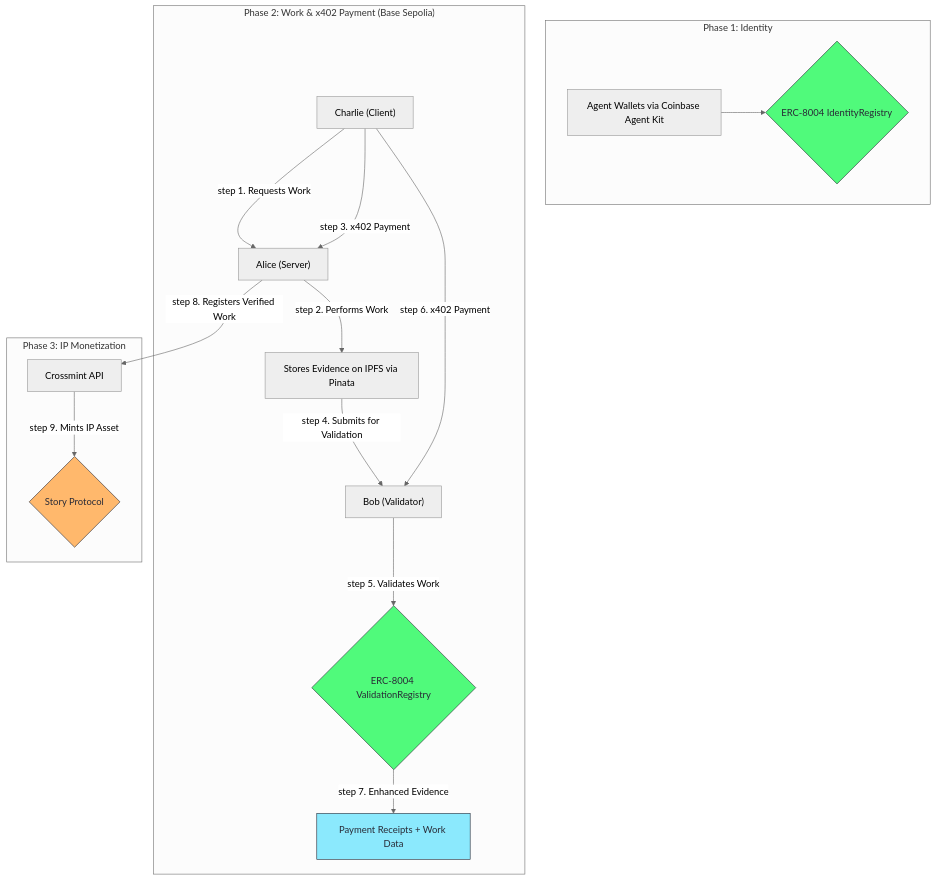
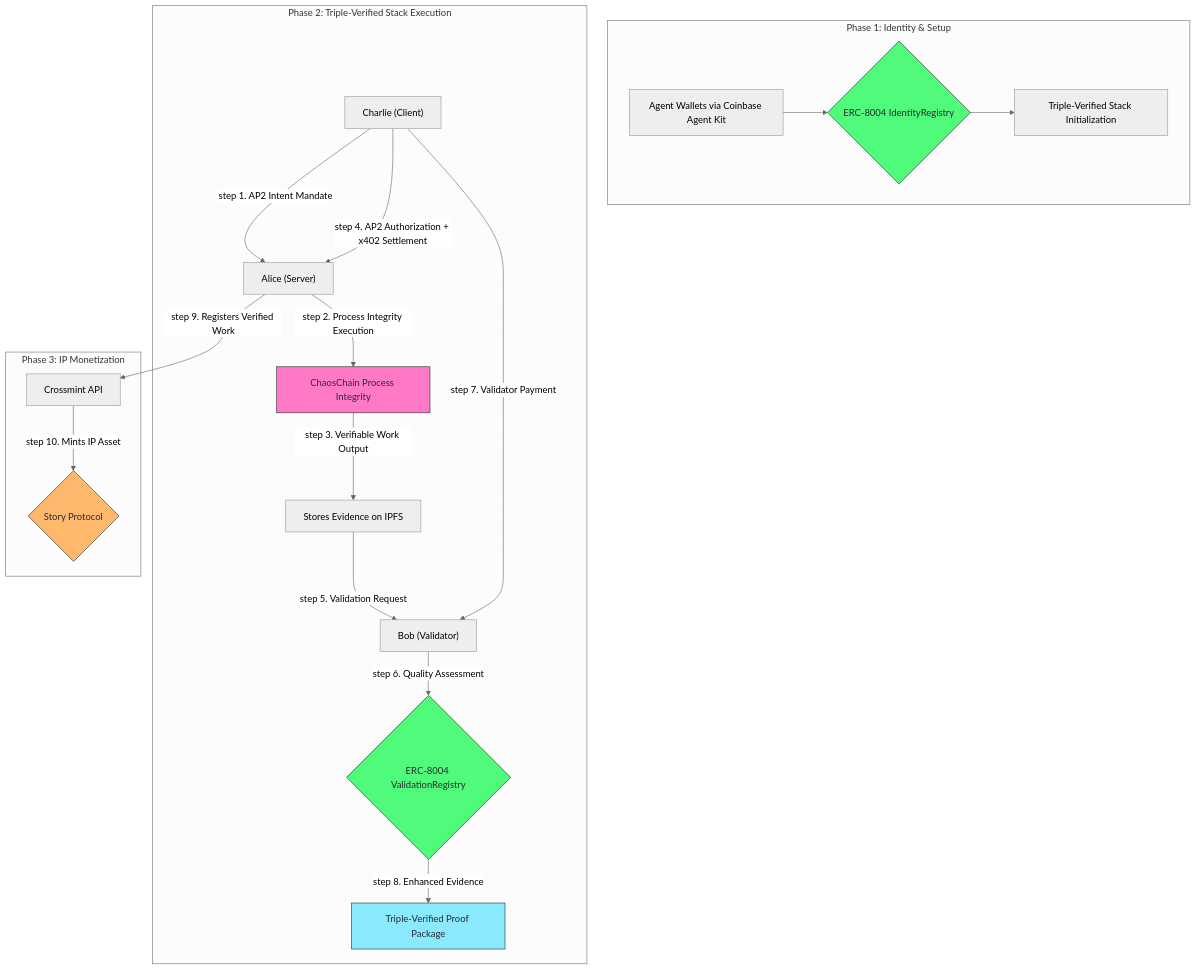
Before and after one commit to HashWarlock/erc-8004-ex-phala: the diagram in README.md, drawn with Mermaid (neutral theme). The commit also changed other lines of this file and 7 other files, not shown here.

Commit message:
Initial commit for feature/ap2-triple-verified-stack

````diff
--- a/README.md
+++ b/README.md
@@ -22,26 +61,29 @@
 ```mermaid
 graph TD
-    subgraph "Phase 1: Identity"
+    subgraph "Phase 1: Identity & Setup"
         A[Agent Wallets via Coinbase Agent Kit] --> B{ERC-8004 IdentityRegistry};
+        B --> C[Triple-Verified Stack Initialization];
     end
 
-    subgraph "Phase 2: Work & x402 Payment (Base Sepolia)"
-        C["Charlie (Client)"] --step 1. Requests Work --> D["Alice (Server)"];
-        D -- step 2. Performs Work --> E[Stores Evidence on IPFS via Pinata];
-        C -- step 3. x402 Payment --> D;
-        E -- step 4. Submits for Validation --> F["Bob (Validator)"];
-        F -- step 5. Validates Work --> G{ERC-8004 ValidationRegistry};
-        C -- step 6. x402 Payment --> F;
-        G -- step 7. Enhanced Evidence --> H[Payment Receipts + Work Data];
+    subgraph "Phase 2: Triple-Verified Stack Execution"
+        D["Charlie (Client)"] --"step 1. AP2 Intent Mandate"--> E["Alice (Server)"];
+        E --"step 2. Process Integrity Execution"--> F[ChaosChain Process Integrity];
+        F --"step 3. Verifiable Work Output"--> G[Stores Evidence on IPFS];
+        D --"step 4. AP2 Authorization + x402 Settlement"--> E;
+        G --"step 5. Validation Request"--> H["Bob (Validator)"];
+        H --"step 6. Quality Assessment"--> I{ERC-8004 ValidationRegistry};
+        D --"step 7. Validator Payment"--> H;
+        I --"step 8. Enhanced Evidence"--> J[Triple-Verified Proof Package];
     end
 
     subgraph "Phase 3: IP Monetization"
-        D -- step 8. Registers Verified Work --> I[Crossmint API];
-        I -- step 9. Mints IP Asset --> J{Story Protocol};
+        E --"step 9. Registers Verified Work"--> K[Crossmint API];
+        K --"step 10. Mints IP Asset"--> L{Story Protocol};
     end
 
     style B fill:#50fa7b,stroke:#282a36,color:#282a36
-    style G fill:#50fa7b,stroke:#282a36,color:#282a36
-    style H fill:#8be9fd,stroke:#282a36,color:#282a36
-    style J fill:#ffb86c,stroke:#282a36,color:#282a36
+    style F fill:#ff79c6,stroke:#282a36,color:#282a36
+    style I fill:#50fa7b,stroke:#282a36,color:#282a36
+    style J fill:#8be9fd,stroke:#282a36,color:#282a36
+    style L fill:#ffb86c,stroke:#282a36,color:#282a36
 ```
````
